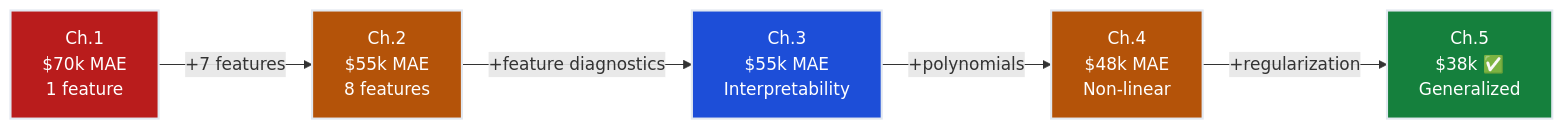
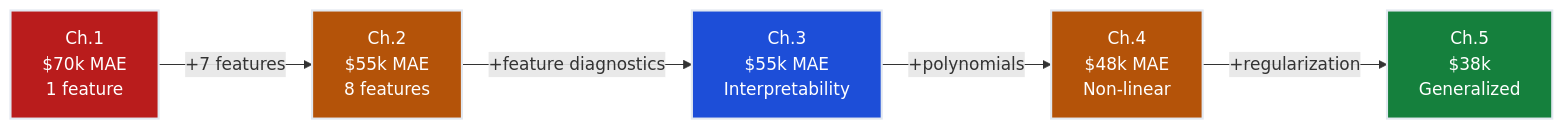
The fifth of 5 diagrams in notes/01-ml/01-regression/ch02_multiple_regression/README.md (dsgouda7/ai-portfolio), drawn with Mermaid before and after one commit. The commit also changed other lines of this file and 179 other files, not shown here.

````diff
--- a/notes/01-ml/01-regression/ch02_multiple_regression/README.md
+++ b/notes/01-ml/01-regression/ch02_multiple_regression/README.md
@@ -879,13 +877,13 @@
 ```mermaid
 flowchart LR
-    CH1["Ch.1<br/>$70k MAE<br/>1 feature"] -->|"+7 features"| CH2["Ch.2<br/>$55k MAE<br/>8 features"]
-    CH2 -->|"+feature diagnostics"| CH3["Ch.3<br/>$55k MAE<br/>Interpretability"]
-    CH3 -->|"+polynomials"| CH4["Ch.4<br/>$48k MAE<br/>Non-linear"]
-    CH4 -->|"+regularization"| CH5["Ch.5<br/>$38k ✅<br/>Generalized"]
+ CH1["Ch.1<br/>$70k MAE<br/>1 feature"] -->|"+7 features"| CH2["Ch.2<br/>$55k MAE<br/>8 features"]
+ CH2 -->|"+feature diagnostics"| CH3["Ch.3<br/>$55k MAE<br/>Interpretability"]
+ CH3 -->|"+polynomials"| CH4["Ch.4<br/>$48k MAE<br/>Non-linear"]
+ CH4 -->|"+regularization"| CH5["Ch.5<br/>$38k <br/>Generalized"]
 
-    style CH1 fill:#b91c1c,stroke:#e2e8f0,stroke-width:2px,color:#ffffff
-    style CH2 fill:#b45309,stroke:#e2e8f0,stroke-width:2px,color:#ffffff
-    style CH3 fill:#1d4ed8,stroke:#e2e8f0,stroke-width:2px,color:#ffffff
-    style CH4 fill:#b45309,stroke:#e2e8f0,stroke-width:2px,color:#ffffff
-    style CH5 fill:#15803d,stroke:#e2e8f0,stroke-width:2px,color:#ffffff
+ style CH1 fill:#b91c1c,stroke:#e2e8f0,stroke-width:2px,color:#ffffff
+ style CH2 fill:#b45309,stroke:#e2e8f0,stroke-width:2px,color:#ffffff
+ style CH3 fill:#1d4ed8,stroke:#e2e8f0,stroke-width:2px,color:#ffffff
+ style CH4 fill:#b45309,stroke:#e2e8f0,stroke-width:2px,color:#ffffff
+ style CH5 fill:#15803d,stroke:#e2e8f0,stroke-width:2px,color:#ffffff
 ```
````
